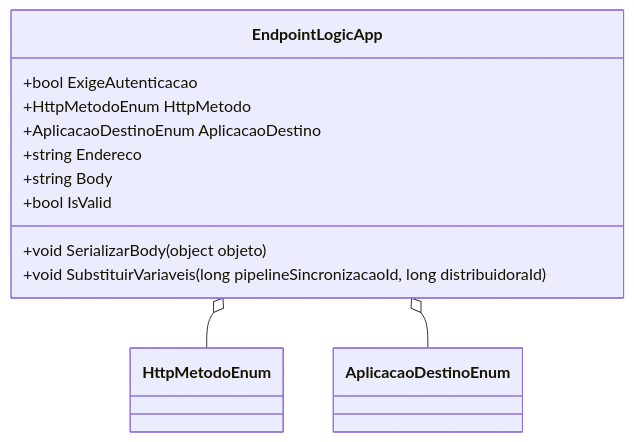
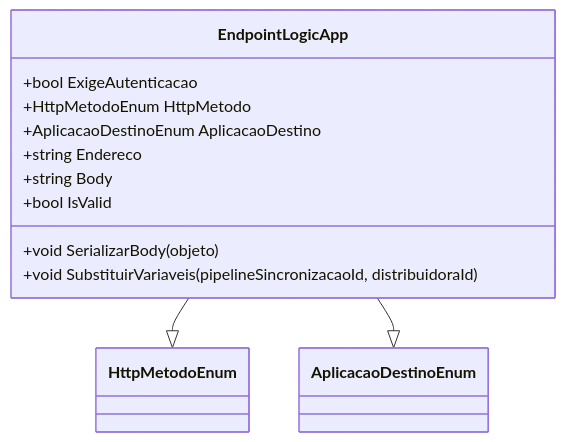
The second of 2 diagrams in docs/b2b-dominio/IsthmusWinthor.Nucleo/IsthmusWinthor.Dominio/POCO/EndpointLogicApp.md (IsthmusSistemas/documentacao-tecnica), drawn with Mermaid before and after one commit. The commit also changed other lines of this file and 882 other files, not shown here.

````diff
--- a/docs/b2b-dominio/IsthmusWinthor.Nucleo/IsthmusWinthor.Dominio/POCO/EndpointLogicApp.md
+++ b/docs/b2b-dominio/IsthmusWinthor.Nucleo/IsthmusWinthor.Dominio/POCO/EndpointLogicApp.md
@@ -75,22 +77,15 @@
 ```mermaid
 classDiagram
     class EndpointLogicApp {
         +bool ExigeAutenticacao
         +HttpMetodoEnum HttpMetodo
         +AplicacaoDestinoEnum AplicacaoDestino
         +string Endereco
         +string Body
         +bool IsValid
-        +void SerializarBody(object objeto)
-        +void SubstituirVariaveis(long pipelineSincronizacaoId, long distribuidoraId)
+        +void SerializarBody(objeto)
+        +void SubstituirVariaveis(pipelineSincronizacaoId, distribuidoraId)
     }
-
-    class HttpMetodoEnum {
-    }
-
-    class AplicacaoDestinoEnum {
-    }
-
-    EndpointLogicApp o-- HttpMetodoEnum
-    EndpointLogicApp o-- AplicacaoDestinoEnum
+    EndpointLogicApp --|> HttpMetodoEnum
+    EndpointLogicApp --|> AplicacaoDestinoEnum
 ```
````
